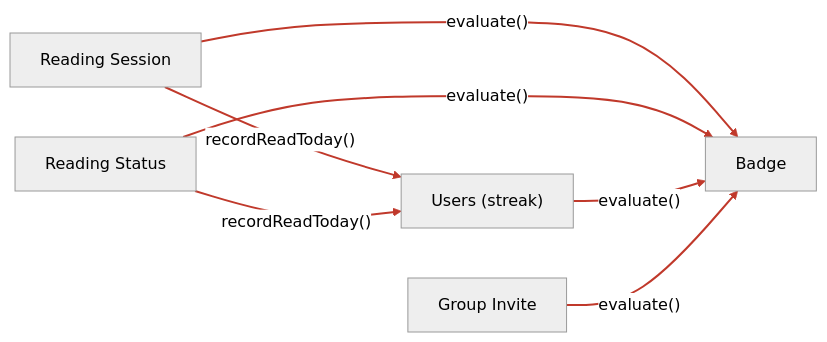
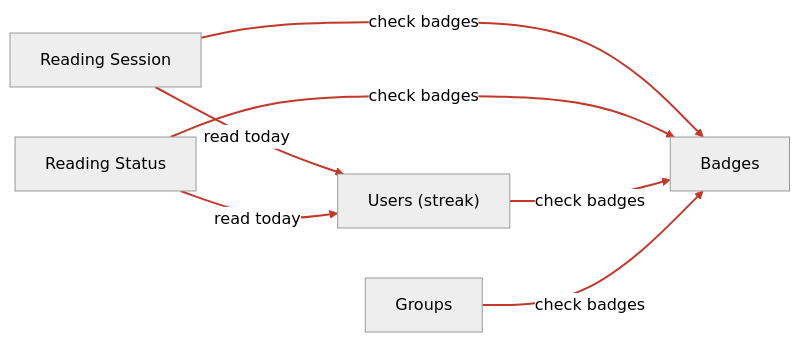
One commit to MESW-LES-2627/les-project-group-6 changed the first of 2 diagrams in docs/oop_assets/change_anaysis_iteration_2.md. Above: the diagram before and after it, drawn with Mermaid (neutral theme). The commit also changed other lines of this file and 2 other files, not shown here.

````diff
--- a/docs/oop_assets/change_anaysis_iteration_2.md
+++ b/docs/oop_assets/change_anaysis_iteration_2.md
@@ -64,10 +80,10 @@
 ```mermaid
 flowchart LR
-    RS[Reading Session] -->|"evaluate()"| BD[Badge]
-    ST[Reading Status] -->|"evaluate()"| BD
-    UM["Users (streak)"] -->|"evaluate()"| BD
-    GM[Group Invite] -->|"evaluate()"| BD
-    RS -->|"recordReadToday()"| UM
-    ST -->|"recordReadToday()"| UM
+    RS[Reading Session] -->|"check badges"| BD[Badges]
+    ST[Reading Status] -->|"check badges"| BD
+    UM["Users (streak)"] -->|"check badges"| BD
+    GM[Groups] -->|"check badges"| BD
+    RS -->|"read today"| UM
+    ST -->|"read today"| UM
     linkStyle 0,1,2,3,4,5 stroke:#c0392b,stroke-width:2px
 ```
````
